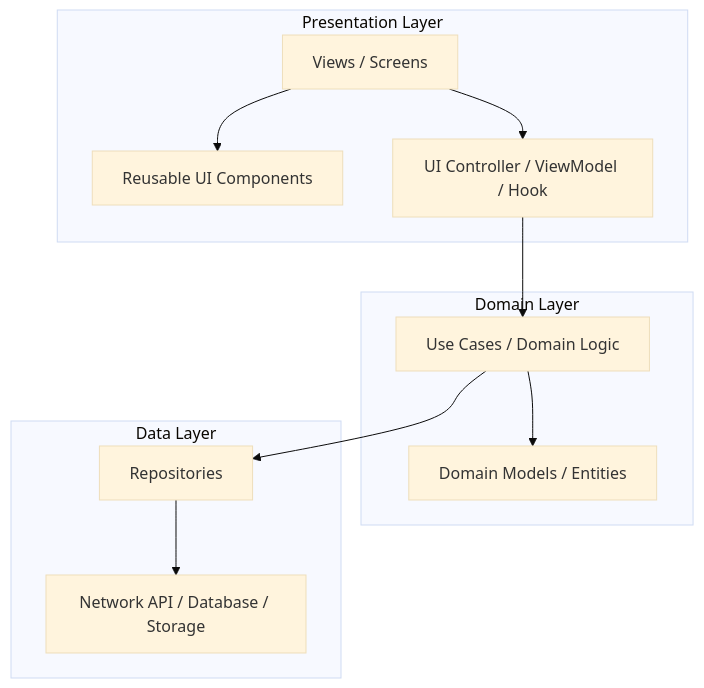
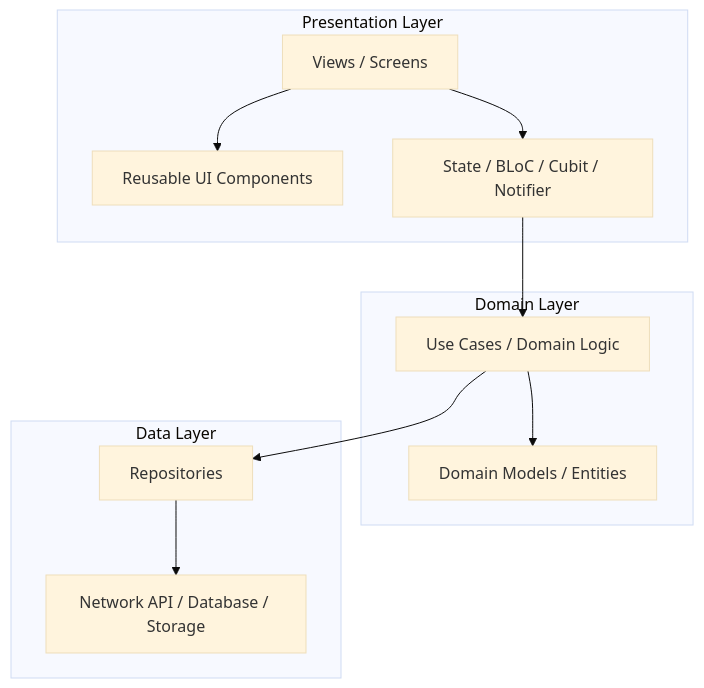
One commit to juwelzan/human-ui-engineering changed the first of 2 diagrams in core/architecture.md. Above: the diagram before and after it, drawn with Mermaid (base theme). The commit also changed other lines of this file and 43 other files, not shown here.

````diff
--- a/core/architecture.md
+++ b/core/architecture.md
@@ -19,17 +19,17 @@
 ```mermaid
 flowchart TD
     subgraph Presentation Layer
         V[Views / Screens] --> C[Reusable UI Components]
-        V --> VM[UI Controller / ViewModel / Hook]
+        V --> VM[State / BLoC / Cubit / Notifier]
     end
 
     subgraph Domain Layer
         VM --> UC[Use Cases / Domain Logic]
         UC --> M[Domain Models / Entities]
     end
 
     subgraph Data Layer
         UC --> R[Repositories]
         R --> API[Network API / Database / Storage]
     end
 ```
````
